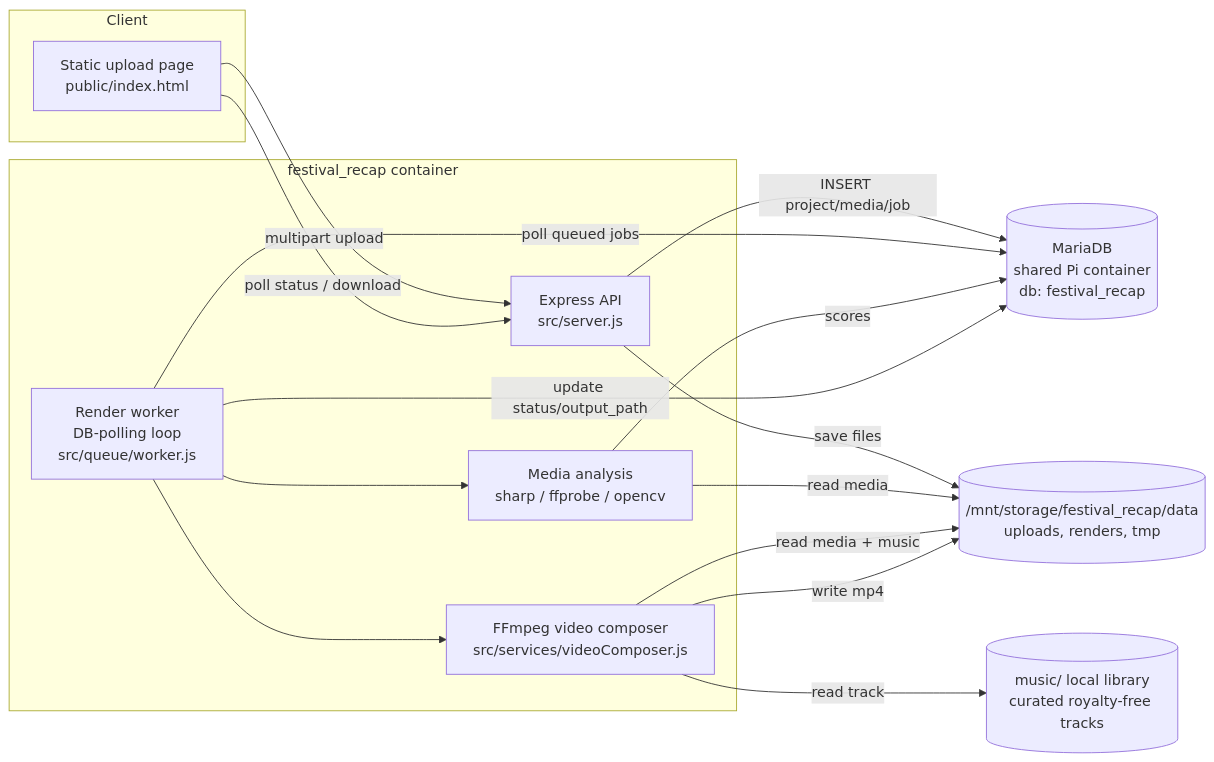
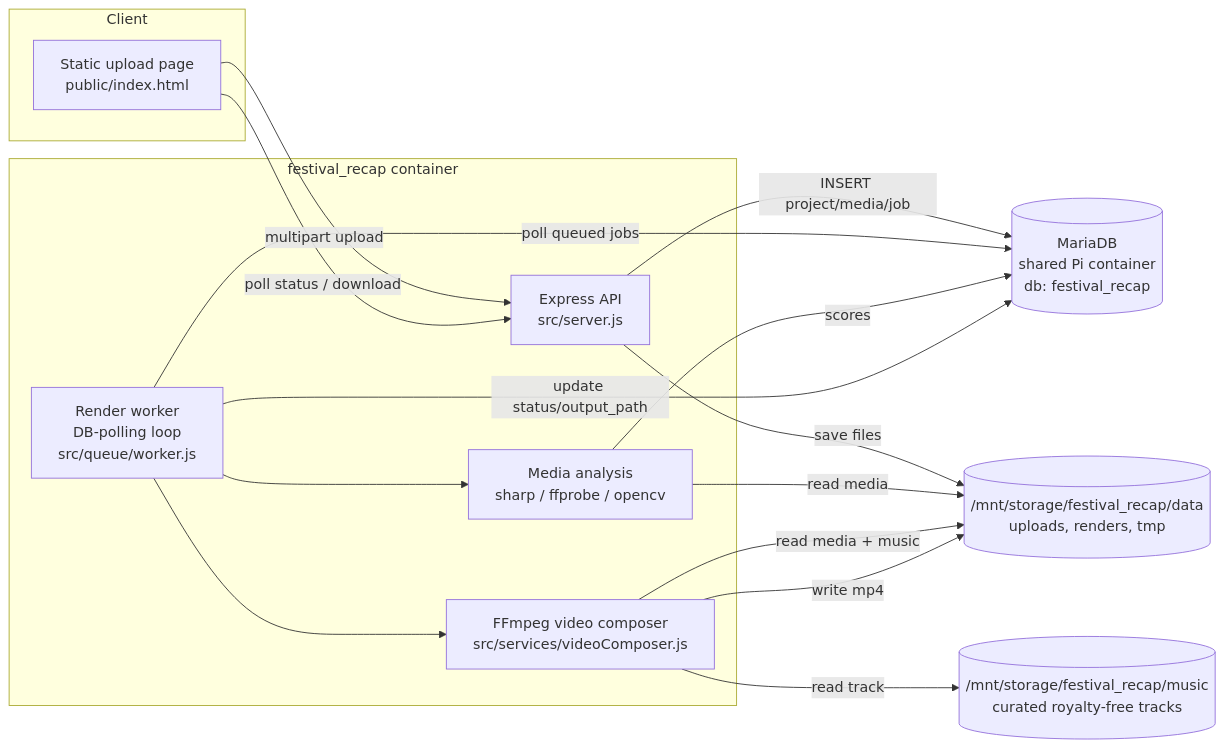
One commit to trukerox/recap_festival changed the first of 3 diagrams in docs/ARCHITECTURE.md. Above: the diagram before and after it, drawn with Mermaid. The commit also changed other lines of this file and 4 other files, not shown here.

First line of the commit message:
Move music library under /mnt/storage, consistent with uploads/renders

````diff
--- a/docs/ARCHITECTURE.md
+++ b/docs/ARCHITECTURE.md
@@ -13,31 +13,31 @@
 ```mermaid
 flowchart LR
   subgraph Client
     UI[Static upload page<br/>public/index.html]
   end
 
   subgraph festival_recap container
     API[Express API<br/>src/server.js]
     Worker[Render worker<br/>DB-polling loop<br/>src/queue/worker.js]
     Analysis[Media analysis<br/>sharp / ffprobe / opencv]
     Composer[FFmpeg video composer<br/>src/services/videoComposer.js]
   end
 
   DB[(MariaDB<br/>shared Pi container<br/>db: festival_recap)]
   Disk[(/mnt/storage/festival_recap/data<br/>uploads, renders, tmp)]
-  Music[(music/ local library<br/>curated royalty-free tracks)]
+  Music[(/mnt/storage/festival_recap/music<br/>curated royalty-free tracks)]
 
   UI -- multipart upload --> API
   UI -- poll status / download --> API
   API -- INSERT project/media/job --> DB
   API -- save files --> Disk
   Worker -- poll queued jobs --> DB
   Worker --> Analysis
   Analysis -- read media --> Disk
   Analysis -- scores --> DB
   Worker --> Composer
   Composer -- read media + music --> Disk
   Composer -- read track --> Music
   Composer -- write mp4 --> Disk
   Worker -- update status/output_path --> DB
 ```
````
